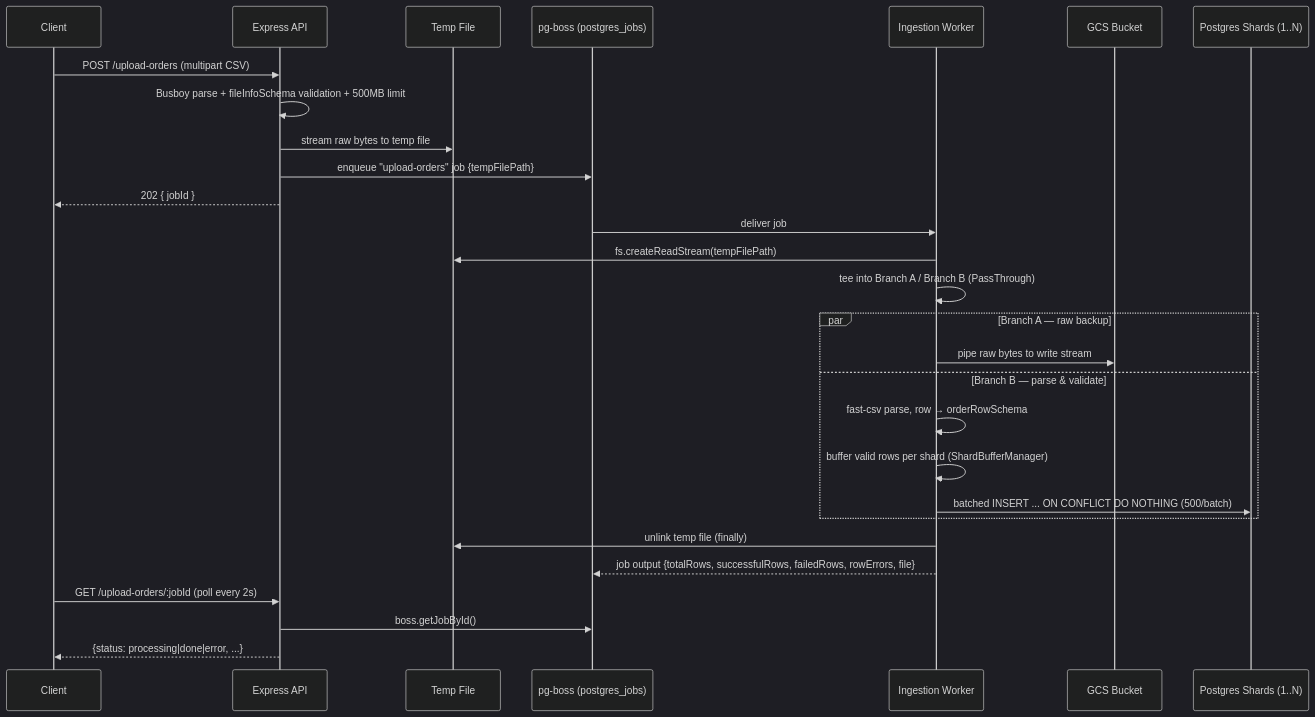
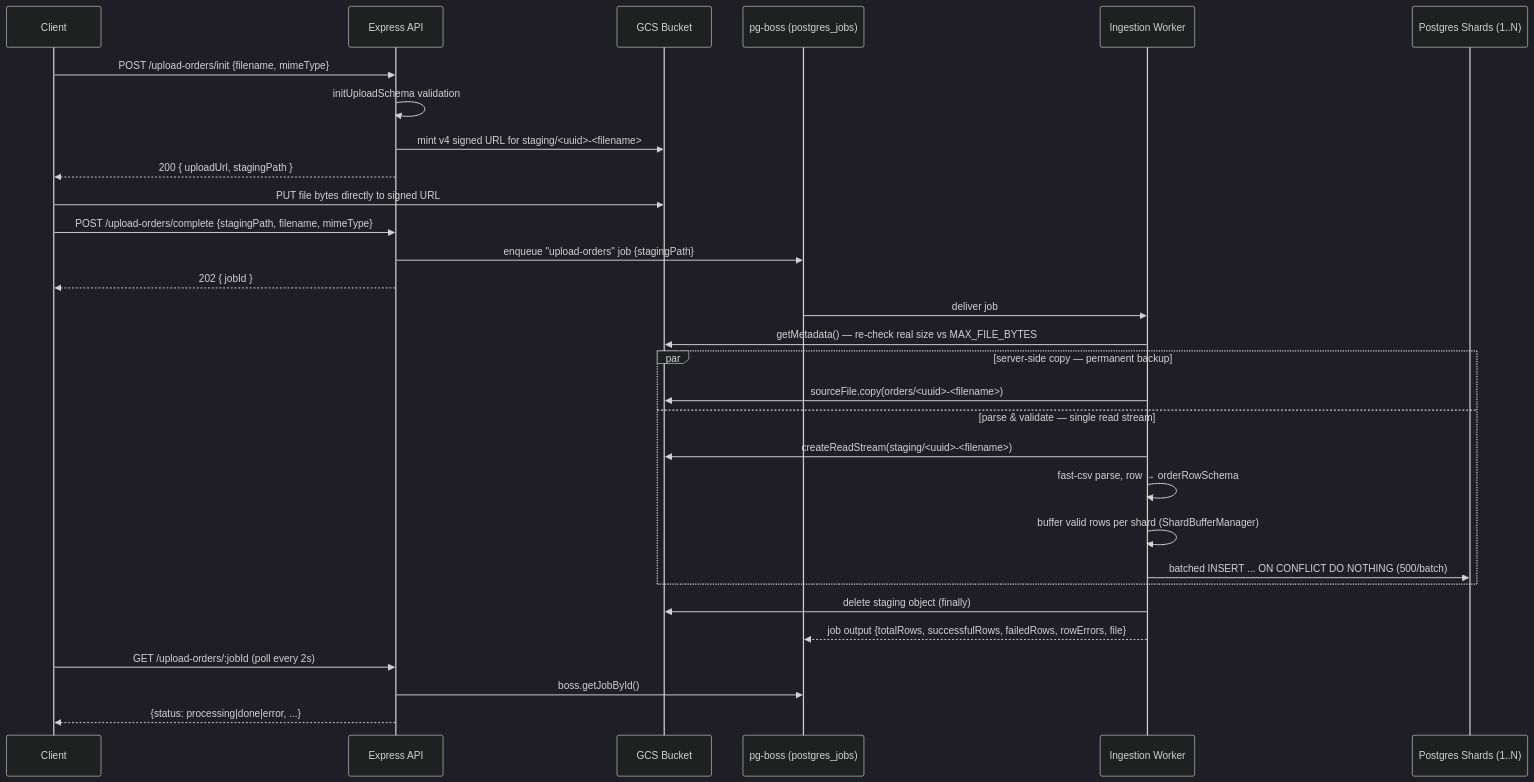
One commit to Chavda-Mitul/csv-parser changed the first of 2 diagrams in ARCHITECTURE.md. Above: the diagram before and after it, drawn with Mermaid (dark theme). The commit also changed other lines of this file and 4 other files, not shown here.

Commit message:
fix Use server-side GCS copy for backup, add job concurrency

````diff
--- a/ARCHITECTURE.md
+++ b/ARCHITECTURE.md
@@ -30,35 +30,39 @@
 ```mermaid
 sequenceDiagram
     participant Client
     participant API as Express API
-    participant Disk as Temp File
+    participant GCS as GCS Bucket
     participant Queue as pg-boss (postgres_jobs)
     participant Worker as Ingestion Worker
-    participant GCS as GCS Bucket
     participant Shards as Postgres Shards (1..N)
 
-    Client->>API: POST /upload-orders (multipart CSV)
-    API->>API: Busboy parse + fileInfoSchema validation + 500MB limit
-    API->>Disk: stream raw bytes to temp file
-    API->>Queue: enqueue "upload-orders" job {tempFilePath}
+    Client->>API: POST /upload-orders/init {filename, mimeType}
+    API->>API: initUploadSchema validation
+    API->>GCS: mint v4 signed URL for staging/<uuid>-<filename>
+    API-->>Client: 200 { uploadUrl, stagingPath }
+
+    Client->>GCS: PUT file bytes directly to signed URL
+
+    Client->>API: POST /upload-orders/complete {stagingPath, filename, mimeType}
+    API->>Queue: enqueue "upload-orders" job {stagingPath}
     API-->>Client: 202 { jobId }
 
     Queue->>Worker: deliver job
-    Worker->>Disk: fs.createReadStream(tempFilePath)
-    Worker->>Worker: tee into Branch A / Branch B (PassThrough)
+    Worker->>GCS: getMetadata() — re-check real size vs MAX_FILE_BYTES
 
-    par Branch A — raw backup
-        Worker->>GCS: pipe raw bytes to write stream
-    and Branch B — parse & validate
+    par server-side copy — permanent backup
+        Worker->>GCS: sourceFile.copy(orders/<uuid>-<filename>)
+    and parse & validate — single read stream
+        Worker->>GCS: createReadStream(staging/<uuid>-<filename>)
         Worker->>Worker: fast-csv parse, row → orderRowSchema
         Worker->>Worker: buffer valid rows per shard (ShardBufferManager)
         Worker->>Shards: batched INSERT ... ON CONFLICT DO NOTHING (500/batch)
     end
 
-    Worker->>Disk: unlink temp file (finally)
+    Worker->>GCS: delete staging object (finally)
     Worker-->>Queue: job output {totalRows, successfulRows, failedRows, rowErrors, file}
 
     Client->>API: GET /upload-orders/:jobId (poll every 2s)
     API->>Queue: boss.getJobById()
     API-->>Client: {status: processing|done|error, ...}
 ```
````
